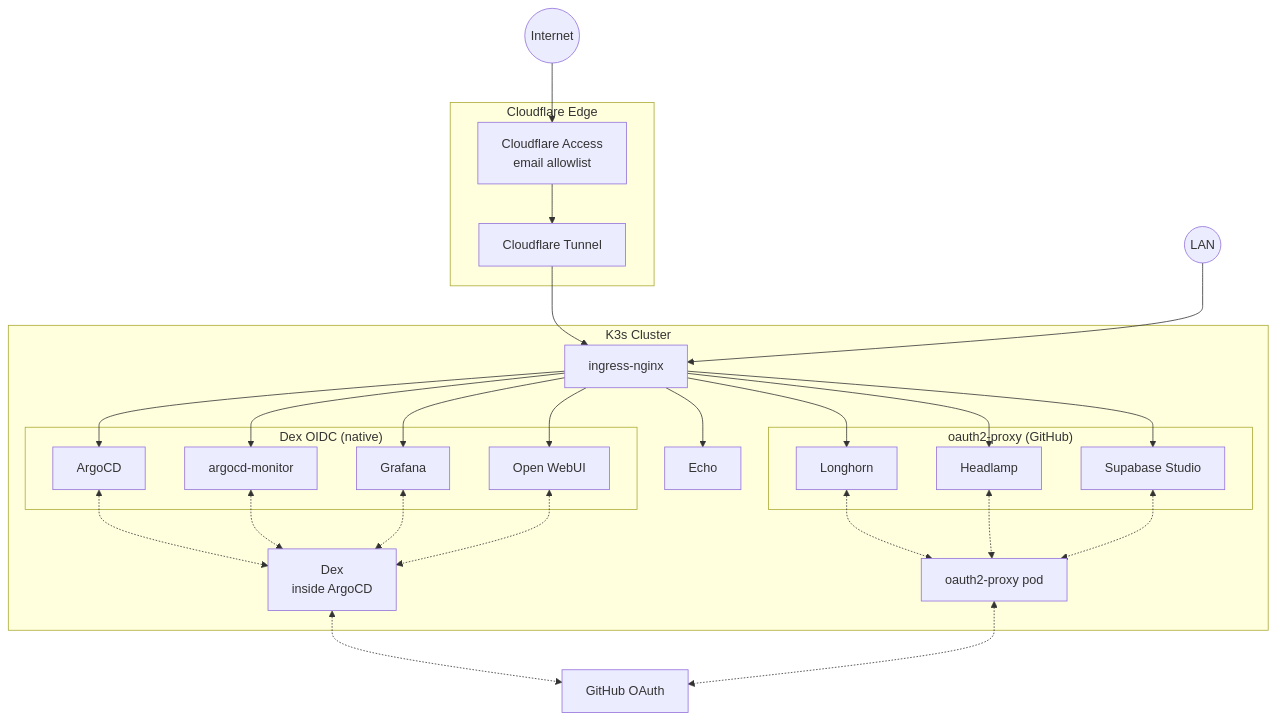
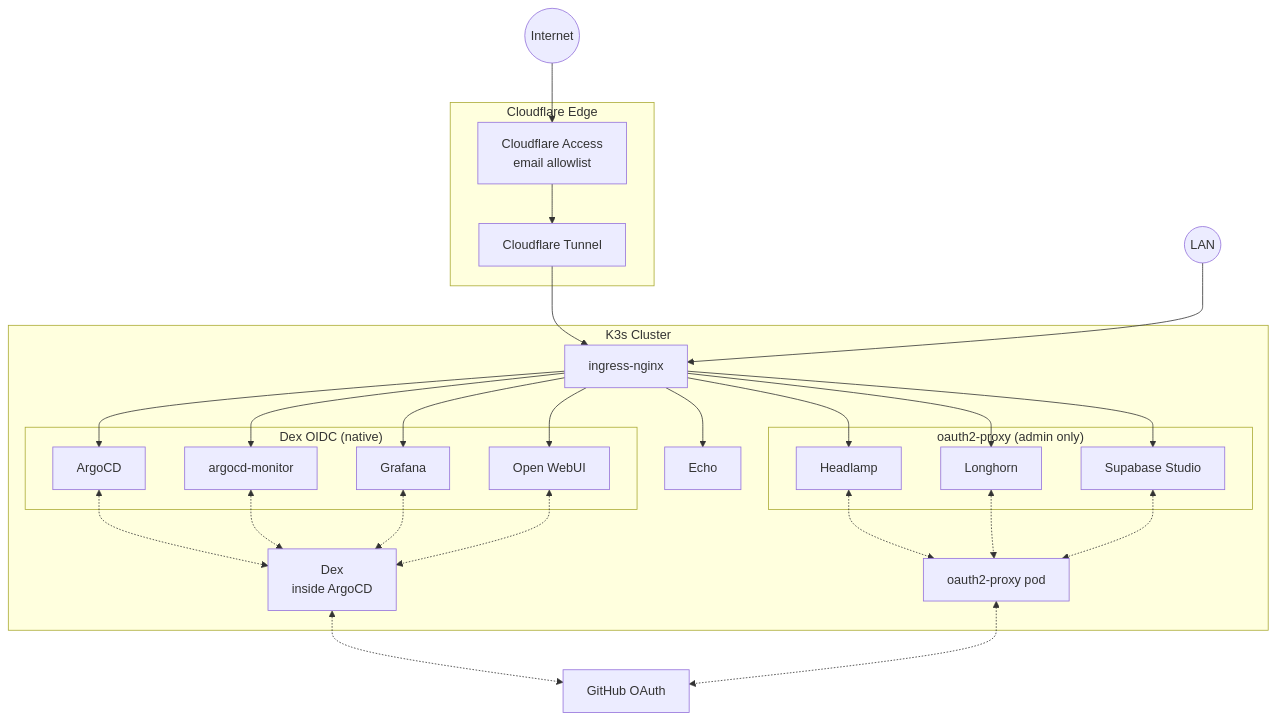
Before and after one commit to gilesknap/tpi-k3s-ansible: the sixth of 6 diagrams in docs/explanations/authentication.md, drawn with Mermaid. The commit also changed other lines of this file and 11 other files, not shown here.

````diff
--- a/docs/explanations/authentication.md
+++ b/docs/explanations/authentication.md
@@ -240,57 +238,57 @@
 ```{mermaid}
 flowchart TB
     Internet((Internet))
     LAN((LAN))
 
     subgraph Cloudflare["Cloudflare Edge"]
         CFA[Cloudflare Access<br/>email allowlist]
         CFT[Cloudflare Tunnel]
     end
 
     subgraph Cluster["K3s Cluster"]
         NGINX[ingress-nginx]
 
         subgraph DexAuth["Dex OIDC (native)"]
             ArgoCD
             Monitor[argocd-monitor]
             Grafana
             OpenWebUI[Open WebUI]
         end
 
-        subgraph ProxyAuth["oauth2-proxy (GitHub)"]
+        subgraph ProxyAuth["oauth2-proxy (admin only)"]
+            Headlamp
             Longhorn
-            Headlamp
             Supabase[Supabase Studio]
         end
 
         Echo
 
         OAP[oauth2-proxy pod]
         DexPod[Dex<br/>inside ArgoCD]
     end
 
     GH[GitHub OAuth]
 
     Internet --> CFA --> CFT --> NGINX
     LAN --> NGINX
 
     NGINX --> ArgoCD
     NGINX --> Monitor
     NGINX --> Grafana
     NGINX --> OpenWebUI
+    NGINX --> Headlamp
     NGINX --> Longhorn
-    NGINX --> Headlamp
     NGINX --> Supabase
     NGINX --> Echo
 
     ArgoCD <-.-> DexPod
     Monitor <-.-> DexPod
     Grafana <-.-> DexPod
     OpenWebUI <-.-> DexPod
+    Headlamp <-.-> OAP
     Longhorn <-.-> OAP
-    Headlamp <-.-> OAP
     Supabase <-.-> OAP
 
     DexPod <-.-> GH
     OAP <-.-> GH
 ```
````
